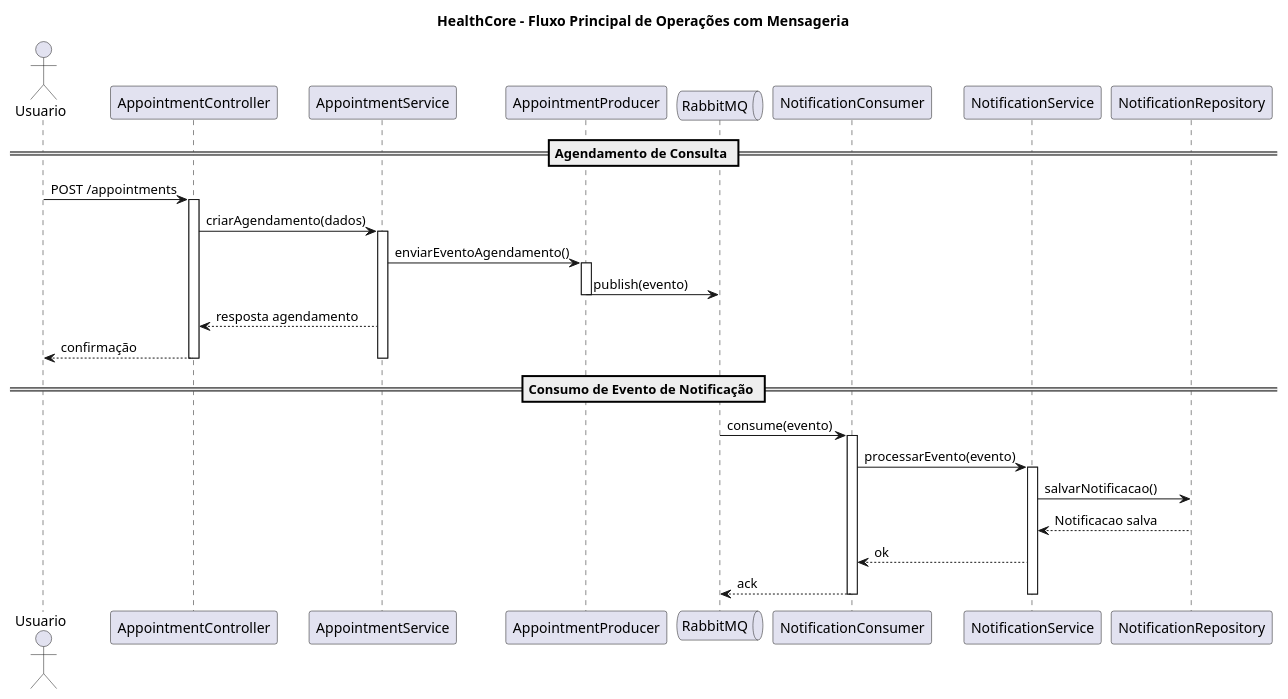
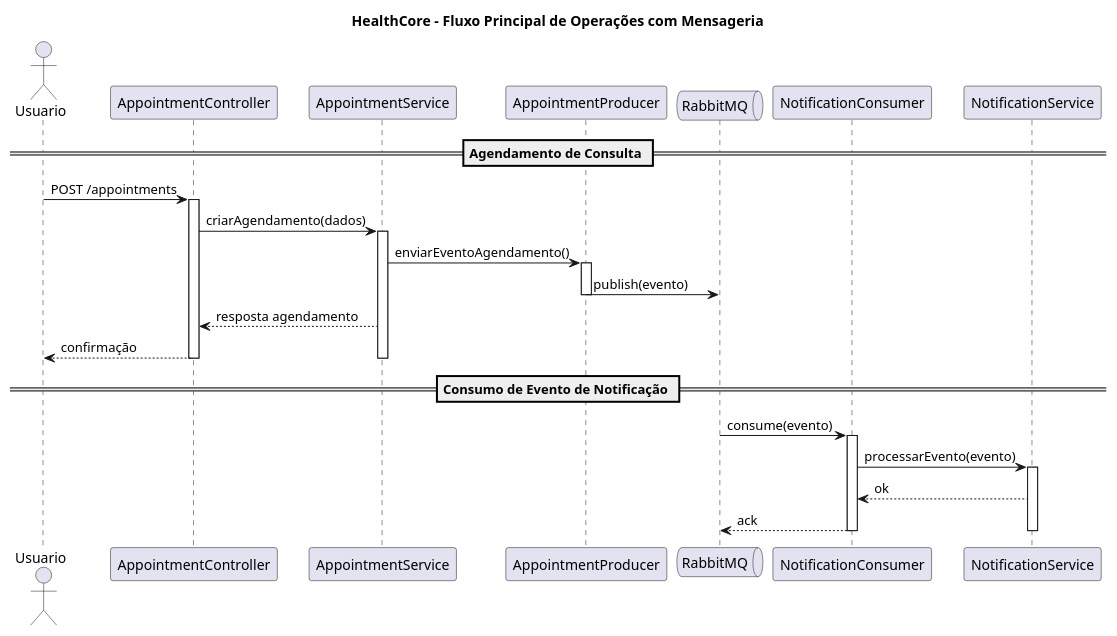
The diagram in architecture-fluxo-mensageria.puml (lucasllopes/health-core), drawn with PlantUML before and after one commit. The commit also changed 1 other file, not shown here.

Commit message:
ajustes diagrama sequencia

```diff
--- a/architecture-fluxo-mensageria.puml
+++ b/architecture-fluxo-mensageria.puml
@@ -1,43 +1,43 @@
 @startuml
 title HealthCore - Fluxo Principal de Operações com Mensageria
 
 actor Usuario
 participant AppointmentController
 participant AppointmentService
 participant AppointmentProducer
 queue RabbitMQ
 participant NotificationConsumer
 participant NotificationService
-participant NotificationRepository
+
 
 == Agendamento de Consulta ==
 Usuario -> AppointmentController: POST /appointments
 activate AppointmentController
 AppointmentController -> AppointmentService: criarAgendamento(dados)
 activate AppointmentService
 AppointmentService -> AppointmentProducer: enviarEventoAgendamento()
 activate AppointmentProducer
 AppointmentProducer -> RabbitMQ: publish(evento)
 deactivate AppointmentProducer
 AppointmentService --> AppointmentController: resposta agendamento
 AppointmentController --> Usuario: confirmação
 
 deactivate AppointmentService
 
 deactivate AppointmentController
 
 == Consumo de Evento de Notificação ==
 RabbitMQ -> NotificationConsumer: consume(evento)
 activate NotificationConsumer
 NotificationConsumer -> NotificationService: processarEvento(evento)
 activate NotificationService
-NotificationService -> NotificationRepository: salvarNotificacao()
-NotificationRepository --> NotificationService: Notificacao salva
+
+
 NotificationService --> NotificationConsumer: ok
 NotificationConsumer --> RabbitMQ: ack
 
 deactivate NotificationService
 
 deactivate NotificationConsumer
 
 @enduml
```
